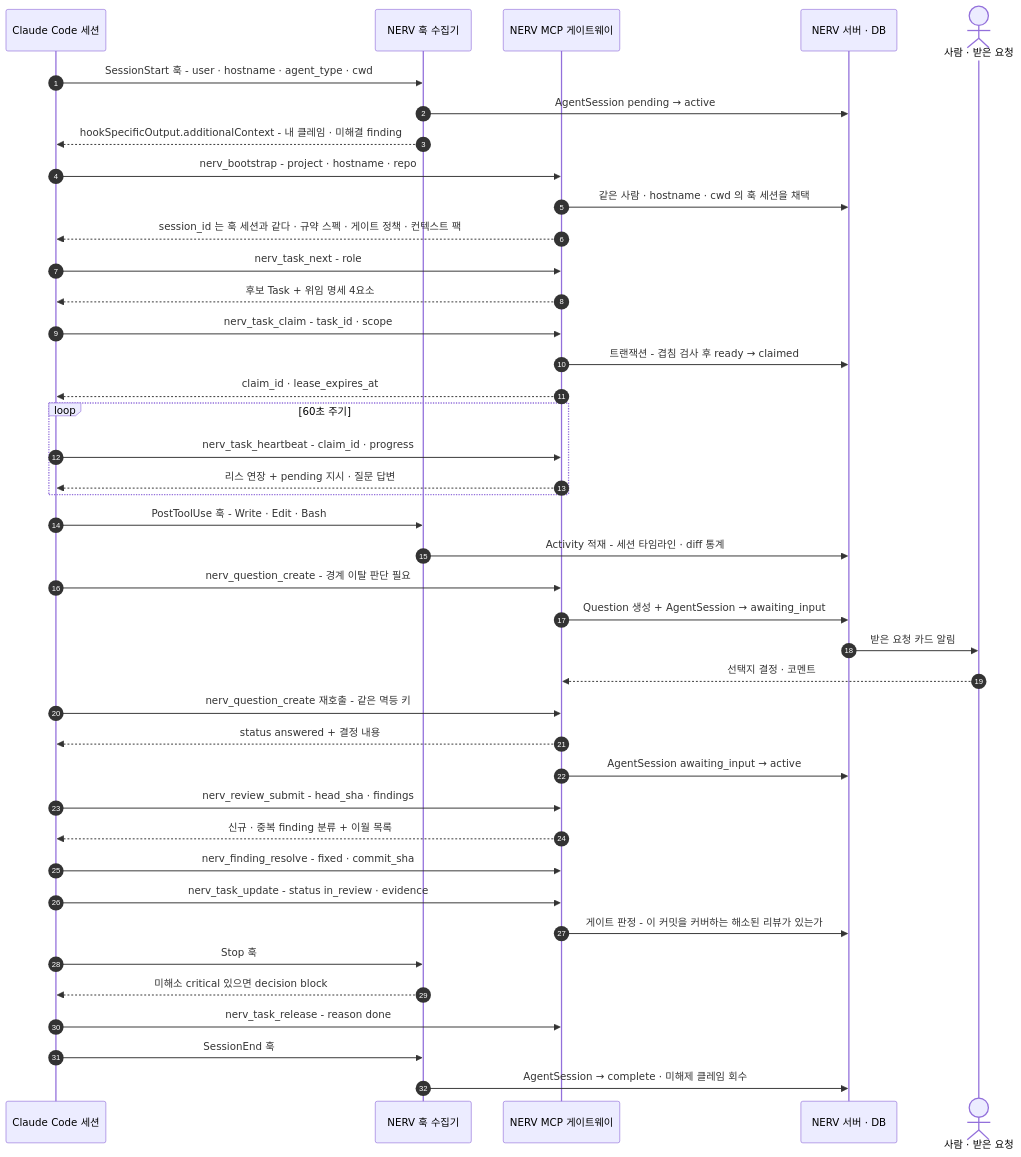
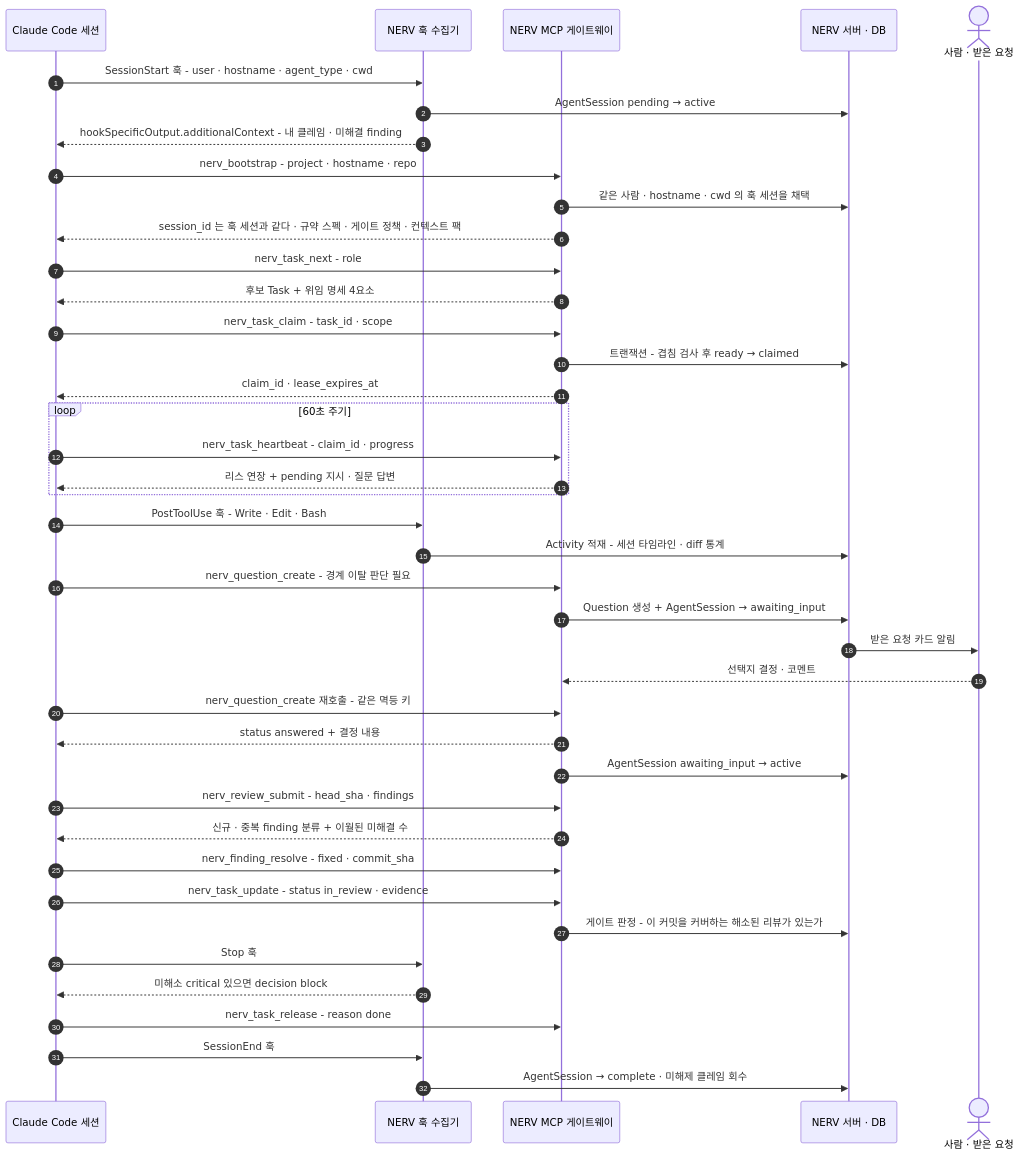
One commit to worker-ants/nerv changed the second of 2 diagrams in docs/03-proposal/agent-integration.md. Above: the diagram before and after it, drawn with Mermaid. The commit also changed other lines of this file and 29 other files, not shown here.

First line of the commit message:
feat(api,web,schema,plugin,docs): bootstrap은 규약 목록을 접어 50건까지 주고, 리뷰 제출은 이월 발견의 수만 준다 (REQ-API-277 · 278) (#220)

````diff
--- a/docs/03-proposal/agent-integration.md
+++ b/docs/03-proposal/agent-integration.md
@@ -465,43 +467,43 @@
 ```mermaid
 sequenceDiagram
   autonumber
   participant S as Claude Code 세션
   participant H as NERV 훅 수집기
   participant M as NERV MCP 게이트웨이
   participant DB as NERV 서버 · DB
   actor U as 사람 · 받은 요청
   S->>H: SessionStart 훅 - user · hostname · agent_type · cwd
   H->>DB: AgentSession pending → active
   H-->>S: hookSpecificOutput.additionalContext - 내 클레임 · 미해결 finding
   S->>M: nerv_bootstrap - project · hostname · repo
   M->>DB: 같은 사람 · hostname · cwd 의 훅 세션을 채택
   M-->>S: session_id 는 훅 세션과 같다 · 규약 스펙 · 게이트 정책 · 컨텍스트 팩
   S->>M: nerv_task_next - role
   M-->>S: 후보 Task + 위임 명세 4요소
   S->>M: nerv_task_claim - task_id · scope
   M->>DB: 트랜잭션 - 겹침 검사 후 ready → claimed
   M-->>S: claim_id · lease_expires_at
   loop 60초 주기
     S->>M: nerv_task_heartbeat - claim_id · progress
     M-->>S: 리스 연장 + pending 지시 · 질문 답변
   end
   S->>H: PostToolUse 훅 - Write · Edit · Bash
   H->>DB: Activity 적재 - 세션 타임라인 · diff 통계
   S->>M: nerv_question_create - 경계 이탈 판단 필요
   M->>DB: Question 생성 + AgentSession → awaiting_input
   DB->>U: 받은 요청 카드 알림
   U-->>M: 선택지 결정 · 코멘트
   S->>M: nerv_question_create 재호출 - 같은 멱등 키
   M-->>S: status answered + 결정 내용
   M->>DB: AgentSession awaiting_input → active
   S->>M: nerv_review_submit - head_sha · findings
-  M-->>S: 신규 · 중복 finding 분류 + 이월 목록
+  M-->>S: 신규 · 중복 finding 분류 + 이월된 미해결 수
   S->>M: nerv_finding_resolve - fixed · commit_sha
   S->>M: nerv_task_update - status in_review · evidence
   M->>DB: 게이트 판정 - 이 커밋을 커버하는 해소된 리뷰가 있는가
   S->>H: Stop 훅
   H-->>S: 미해소 critical 있으면 decision block
   S->>M: nerv_task_release - reason done
   S->>H: SessionEnd 훅
   H->>DB: AgentSession → complete · 미해제 클레임 회수
 ```
````
